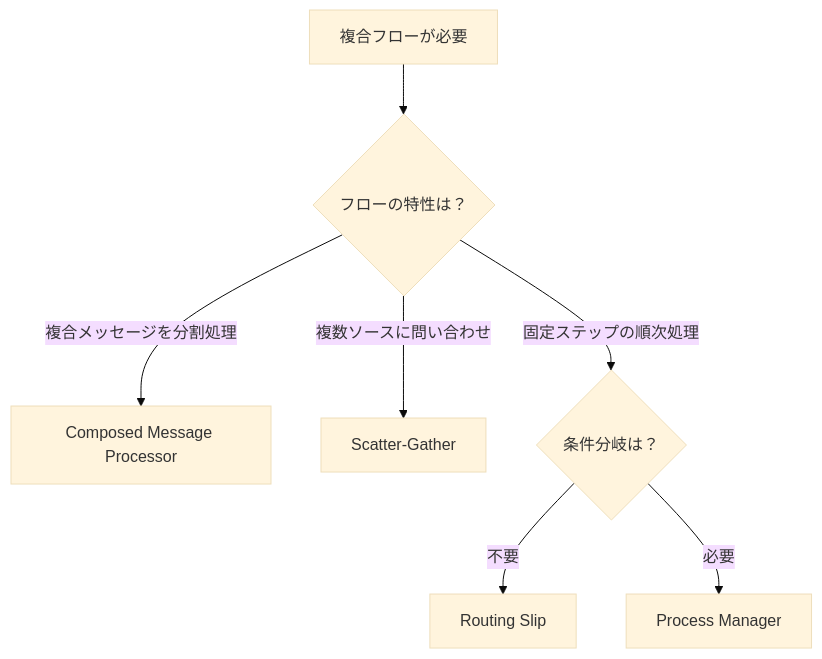
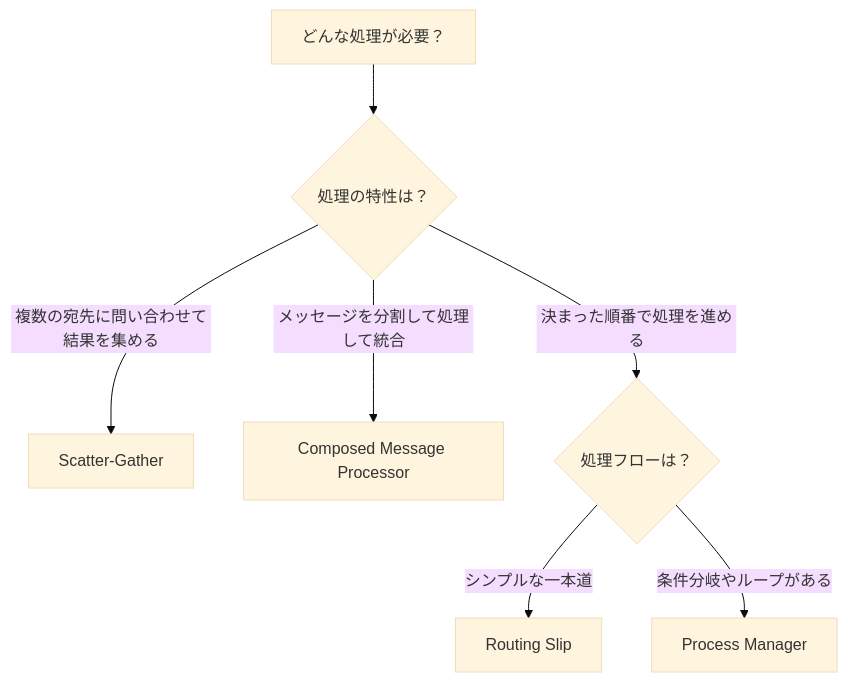
Before and after one commit to tomoikey/quartz: the seventh of 9 diagrams in content/programming/reactive_messaging_pattern/composed-routers/index.md, drawn with Mermaid (base theme). The commit also changed other lines of this file and 18 other files, not shown here.

````diff
--- a/content/programming/reactive_messaging_pattern/composed-routers/index.md
+++ b/content/programming/reactive_messaging_pattern/composed-routers/index.md
@@ -41,12 +115,12 @@
 ```mermaid
 flowchart TD
-    START[複合フローが必要]
+    START[どんな処理が必要？]
 
-    START --> Q1{フローの特性は？}
-    Q1 -->|複合メッセージを分割処理| CMP[Composed Message Processor]
-    Q1 -->|複数ソースに問い合わせ| SG[Scatter-Gather]
-    Q1 -->|固定ステップの順次処理| Q2{条件分岐は？}
+    START --> Q1{処理の特性は？}
+    Q1 -->|複数の宛先に問い合わせて結果を集める| SG[Scatter-Gather]
+    Q1 -->|メッセージを分割して処理して統合| CMP[Composed Message Processor]
+    Q1 -->|決まった順番で処理を進める| Q2{処理フローは？}
 
-    Q2 -->|不要| RS[Routing Slip]
-    Q2 -->|必要| PM[Process Manager]
+    Q2 -->|シンプルな一本道| RS[Routing Slip]
+    Q2 -->|条件分岐やループがある| PM[Process Manager]
 ```
````
